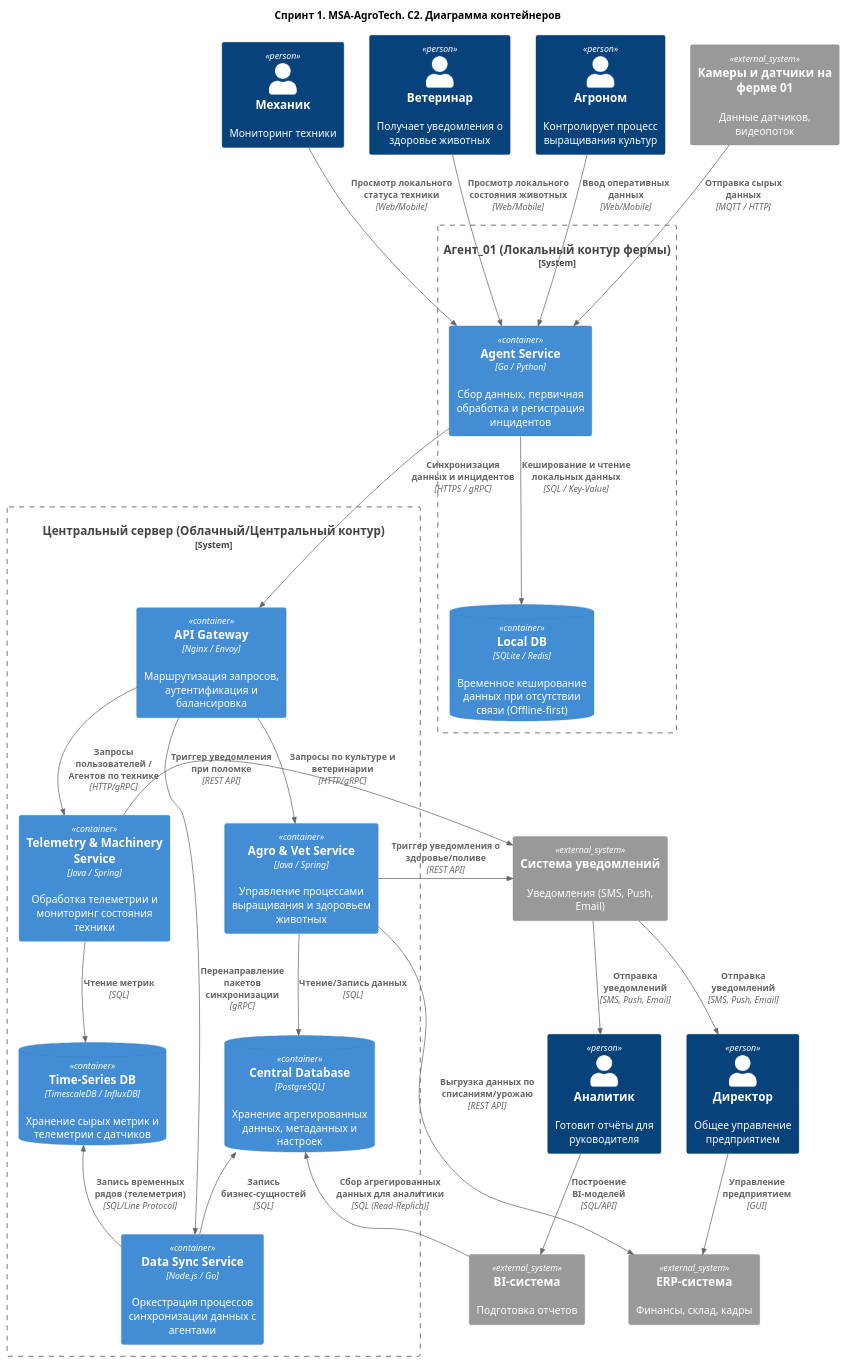
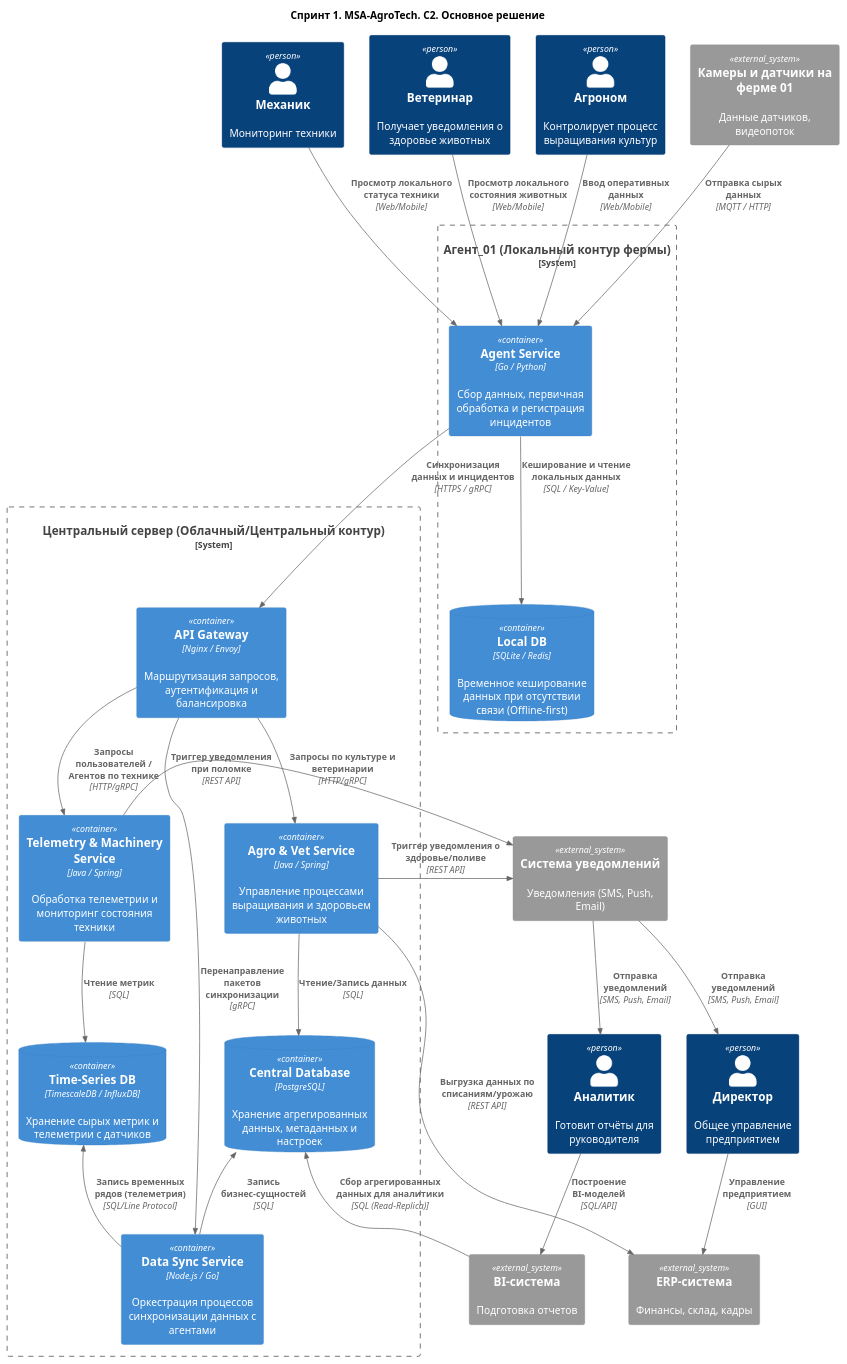
The diagram in Task2/task2_c1main.puml (EtGr84/MSA-AgroTech), drawn with PlantUML before and after one commit.

```diff
--- a/Task2/task2_c1main.puml
+++ b/Task2/task2_c1main.puml
@@ -1,63 +1,63 @@
 @startuml
 !include <C4/C4_Container>
 
-title Спринт 1. MSA-AgroTech. C2. Диаграмма контейнеров
+title Спринт 1. MSA-AgroTech. C2. Основное решение
 
 Person(mech, "Механик", "Мониторинг техники")
 Person(vet, "Ветеринар", "Получает уведомления о здоровье животных")
 Person(agro, "Агроном", "Контролирует процесс выращивания культур")
 Person(analit, "Аналитик", "Готовит отчёты для руководителя")
 Person(director, "Директор", "Общее управление предприятием")
 
 System_Ext(cameras_1, "Камеры и датчики на ферме 01", "Данные датчиков, видеопоток")
 
 System_Boundary(agent_boundary, "Агент_01 (Локальный контур фермы)") {
     Container(agent_app, "Agent Service", "Go / Python", "Сбор данных, первичная обработка и регистрация инцидентов")
     ContainerDb(agent_db, "Local DB", "SQLite / Redis", "Временное кеширование данных при отсутствии связи (Offline-first)")
 }
 
 System_Boundary(central_server_boundary, "Центральный сервер (Облачный/Центральный контур)") {
     Container(api_gateway, "API Gateway", "Nginx / Envoy", "Маршрутизация запросов, аутентификация и балансировка")
     
     Container(telemetry_service, "Telemetry & Machinery Service", "Java / Spring", "Обработка телеметрии и мониторинг состояния техники")
     Container(agro_service, "Agro & Vet Service", "Java / Spring", "Управление процессами выращивания и здоровьем животных")
     Container(sync_service, "Data Sync Service", "Node.js / Go", "Оркестрация процессов синхронизации данных с агентами")
     
     ContainerDb(central_db, "Central Database", "PostgreSQL", "Хранение агрегированных данных, метаданных и настроек")
     ContainerDb(tsdb, "Time-Series DB", "TimescaleDB / InfluxDB", "Хранение сырых метрик и телеметрии с датчиков")
 }
 
 System_Ext(notify, "Система уведомлений", "Уведомления (SMS, Push, Email)")
 System_Ext(erp, "ERP-система", "Финансы, склад, кадры")
 System_Ext(bi, "BI-система", "Подготовка отчетов")
 
 
 Rel(cameras_1, agent_app, "Отправка сырых данных", "MQTT / HTTP")
 Rel_D(agent_app, agent_db, "Кеширование и чтение локальных данных", "SQL / Key-Value")
 
 Rel(mech, agent_app, "Просмотр локального статуса техники", "Web/Mobile")
 Rel(vet, agent_app, "Просмотр локального состояния животных", "Web/Mobile")
 Rel(agro, agent_app, "Ввод оперативных данных", "Web/Mobile")
 
 Rel_D(agent_app, api_gateway, "Синхронизация данных и инцидентов", "HTTPS / gRPC")
 
 Rel_D(api_gateway, sync_service, "Перенаправление пакетов синхронизации", "gRPC")
 Rel_D(api_gateway, telemetry_service, "Запросы пользователей / Агентов по технике", "HTTP/gRPC")
 Rel_D(api_gateway, agro_service, "Запросы по культуре и ветеринарии", "HTTP/gRPC")
 
 Rel_U(sync_service, central_db, "Запись бизнес-сущностей", "SQL")
 Rel_U(sync_service, tsdb, "Запись временных рядов (телеметрия)", "SQL/Line Protocol")
 Rel_D(telemetry_service, tsdb, "Чтение метрик", "SQL")
 Rel_D(agro_service, central_db, "Чтение/Запись данных", "SQL")
 
 Rel_R(telemetry_service, notify, "Триггер уведомления при поломке", "REST API")
 Rel_R(agro_service, notify, "Триггер уведомления о здоровье/поливе", "REST API")
 Rel_D(agro_service, erp, "Выгрузка данных по списаниям/урожаю", "REST API")
 
 Rel(notify, director, "Отправка уведомлений", "SMS, Push, Email")
 Rel(notify, analit, "Отправка уведомлений", "SMS, Push, Email")
 Rel(director, erp, "Управление предприятием", "GUI")
 Rel(analit, bi, "Построение BI-моделей", "SQL/API")
 Rel_L(bi, central_db, "Сбор агрегированных данных для аналитики", "SQL (Read-Replica)")
 
 @enduml
```
